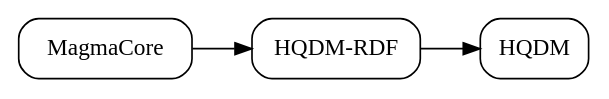
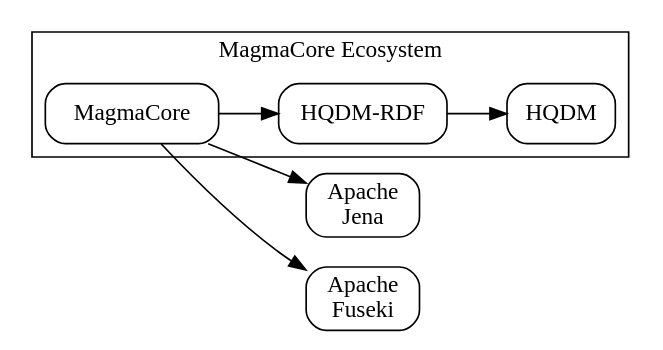
One commit to gchq/MagmaCore changed the diagram in dependency-diagram.dot. Above: the diagram before and after it, drawn with Graphviz. The commit also changed 1 other file, not shown here.

Commit message:
Update dependency diagram.

```diff
--- a/dependency-diagram.dot
+++ b/dependency-diagram.dot
@@ -1,10 +1,19 @@
 digraph MagmaCore {
     rankdir=LR
-    node[shape=rect,style="filled,rounded",color=black,fillcolor=white]
+        node[shape=rect,style="filled,rounded",color=black,fillcolor=white]
 
-    mc[label="MagmaCore"]
-    hqdm[label="HQDM"]
-    rdf[label="HQDM-RDF"]
+        jena[label="Apache\nJena"]
+        fuseki[label="Apache\nFuseki"]
+
+        subgraph cluster_mc {
+            label="MagmaCore Ecosystem"
+
+                mc[label="MagmaCore"]
+                hqdm[label="HQDM"]
+                rdf[label="HQDM-RDF"]
+        }
 
     mc -> rdf -> hqdm;
+    mc -> jena;
+    mc -> fuseki;
 }
```
